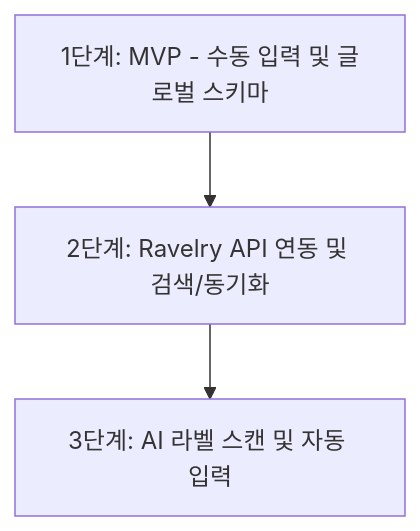
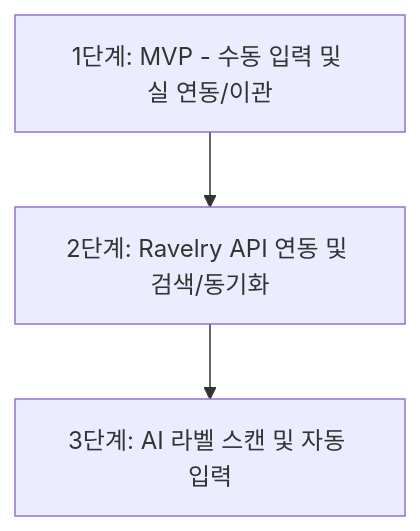
Before and after one commit to eun-day/yarnie: the diagram in planning/보관함_기획.md, drawn with Mermaid. The commit also changed other lines of this file and 27 other files, not shown here.

````diff
--- a/planning/보관함_기획.md
+++ b/planning/보관함_기획.md
@@ -24,5 +24,5 @@
 ```mermaid
 graph TD
-    A[1단계: MVP - 수동 입력 및 글로벌 스키마] --> B[2단계: Ravelry API 연동 및 검색/동기화]
+    A[1단계: MVP - 수동 입력 및 실 연동/이관] --> B[2단계: Ravelry API 연동 및 검색/동기화]
     B --> C[3단계: AI 라벨 스캔 및 자동 입력]
 ```
````
